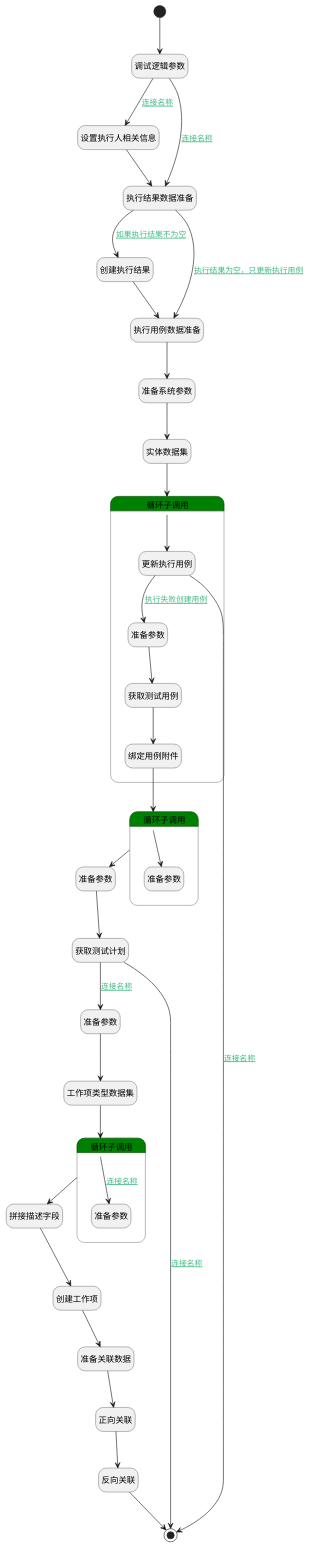
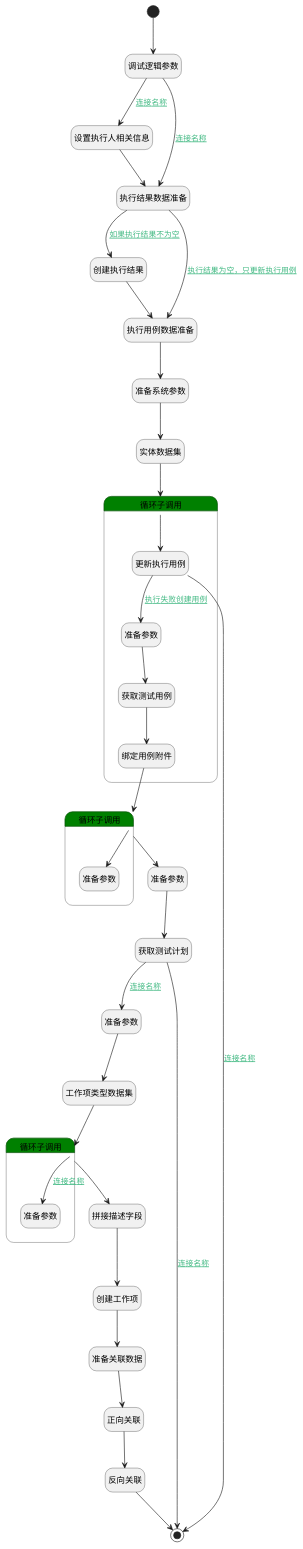
The diagram in doc/docsify/module/TestMgmt/run/logic/create_result.md (iBizLab/plm), drawn with PlantUML before and after one commit. The commit also changed other lines of this file and 2903 other files, not shown here.

````diff
--- a/doc/docsify/module/TestMgmt/run/logic/create_result.md
+++ b/doc/docsify/module/TestMgmt/run/logic/create_result.md
@@ -7,76 +7,76 @@
 ```plantuml
 @startuml
 hide empty description
 <style>
 root {
   HyperlinkColor #42b983
 }
 </style>
 
 hide empty description
 state "开始" as Begin <<start>> [[$./create_result#begin {"开始"}]]
 state "设置执行人相关信息" as PREPAREPARAM3  [[$./create_result#prepareparam3 {"设置执行人相关信息"}]]
 state "调试逻辑参数" as DEBUGPARAM2  [[$./create_result#debugparam2 {"调试逻辑参数"}]]
 state "执行结果数据准备" as PREPAREPARAM5  [[$./create_result#prepareparam5 {"执行结果数据准备"}]]
-state "创建工作项" as DEACTION4  [[$./create_result#deaction4 {"创建工作项"}]]
 state "创建执行结果" as DEACTION6  [[$./create_result#deaction6 {"创建执行结果"}]]
-state "准备参数" as PREPAREPARAM12  [[$./create_result#prepareparam12 {"准备参数"}]]
 state "执行用例数据准备" as PREPAREPARAM6  [[$./create_result#prepareparam6 {"执行用例数据准备"}]]
-state "获取测试计划" as DEACTION3  [[$./create_result#deaction3 {"获取测试计划"}]]
+state "准备参数" as PREPAREPARAM7  [[$./create_result#prepareparam7 {"准备参数"}]]
 state "实体数据集" as DEDATASET2  [[$./create_result#dedataset2 {"实体数据集"}]]
 state "准备系统参数" as PREPAREPARAM13  [[$./create_result#prepareparam13 {"准备系统参数"}]]
 state "结束" as END2 <<end>> [[$./create_result#end2 {"结束"}]]
 state "反向关联" as DEACTION8  [[$./create_result#deaction8 {"反向关联"}]]
+state "工作项类型数据集" as DEDATASET1  [[$./create_result#dedataset1 {"工作项类型数据集"}]]
 state "正向关联" as DEACTION5  [[$./create_result#deaction5 {"正向关联"}]]
 state "准备关联数据" as PREPAREPARAM9  [[$./create_result#prepareparam9 {"准备关联数据"}]]
+state "创建工作项" as DEACTION4  [[$./create_result#deaction4 {"创建工作项"}]]
+state "准备参数" as PREPAREPARAM12  [[$./create_result#prepareparam12 {"准备参数"}]]
+state "获取测试计划" as DEACTION3  [[$./create_result#deaction3 {"获取测试计划"}]]
 state "拼接描述字段" as RAWSFCODE1  [[$./create_result#rawsfcode1 {"拼接描述字段"}]]
-state "准备参数" as PREPAREPARAM7  [[$./create_result#prepareparam7 {"准备参数"}]]
-state "工作项类型数据集" as DEDATASET1  [[$./create_result#dedataset1 {"工作项类型数据集"}]]
 state "循环子调用" as LOOPSUBCALL2  [[$./create_result#loopsubcall2 {"循环子调用"}]] #green {
 state "准备参数" as PREPAREPARAM11  [[$./create_result#prepareparam11 {"准备参数"}]]
 }
 state "循环子调用" as LOOPSUBCALL3  [[$./create_result#loopsubcall3 {"循环子调用"}]] #green {
 state "更新执行用例" as DEACTION7  [[$./create_result#deaction7 {"更新执行用例"}]]
 state "准备参数" as PREPAREPARAM4  [[$./create_result#prepareparam4 {"准备参数"}]]
 state "获取测试用例" as DEACTION9  [[$./create_result#deaction9 {"获取测试用例"}]]
 state "绑定用例附件" as PREPAREPARAM10  [[$./create_result#prepareparam10 {"绑定用例附件"}]]
 }
 state "循环子调用" as LOOPSUBCALL1  [[$./create_result#loopsubcall1 {"循环子调用"}]] #green {
 state "准备参数" as PREPAREPARAM8  [[$./create_result#prepareparam8 {"准备参数"}]]
 }
 
 
 Begin --> DEBUGPARAM2
 DEBUGPARAM2 --> PREPAREPARAM3 : [[$./create_result#debugparam2-prepareparam3{连接名称} 连接名称]]
 PREPAREPARAM3 --> PREPAREPARAM5
 PREPAREPARAM5 --> DEACTION6 : [[$./create_result#prepareparam5-deaction6{如果执行结果不为空} 如果执行结果不为空]]
 DEACTION6 --> PREPAREPARAM6
 PREPAREPARAM6 --> PREPAREPARAM13
 PREPAREPARAM13 --> DEDATASET2
 DEDATASET2 --> LOOPSUBCALL3
 LOOPSUBCALL3 --> DEACTION7
 DEACTION7 --> END2 : [[$./create_result#deaction7-end2{连接名称} 连接名称]]
 DEACTION7 --> PREPAREPARAM4 : [[$./create_result#deaction7-prepareparam4{执行失败创建用例} 执行失败创建用例]]
 PREPAREPARAM4 --> DEACTION9
 DEACTION9 --> PREPAREPARAM10
 PREPAREPARAM10 --> LOOPSUBCALL2
 LOOPSUBCALL2 --> PREPAREPARAM11
 LOOPSUBCALL2 --> PREPAREPARAM12
 PREPAREPARAM12 --> DEACTION3
 DEACTION3 --> PREPAREPARAM7 : [[$./create_result#deaction3-prepareparam7{连接名称} 连接名称]]
 PREPAREPARAM7 --> DEDATASET1
 DEDATASET1 --> LOOPSUBCALL1
 LOOPSUBCALL1 --> RAWSFCODE1
 RAWSFCODE1 --> DEACTION4
 DEACTION4 --> PREPAREPARAM9
 PREPAREPARAM9 --> DEACTION5
 DEACTION5 --> DEACTION8
 DEACTION8 --> END2
 LOOPSUBCALL1 --> PREPAREPARAM8 : [[$./create_result#loopsubcall1-prepareparam8{连接名称} 连接名称]]
 DEACTION3 --> END2 : [[$./create_result#deaction3-end2{连接名称} 连接名称]]
 PREPAREPARAM5 --> PREPAREPARAM6 : [[$./create_result#prepareparam5-prepareparam6{执行结果为空，只更新执行用例} 执行结果为空，只更新执行用例]]
 DEBUGPARAM2 --> PREPAREPARAM5 : [[$./create_result#debugparam2-prepareparam5{连接名称} 连接名称]]
 
 
 @enduml
 ```
````
